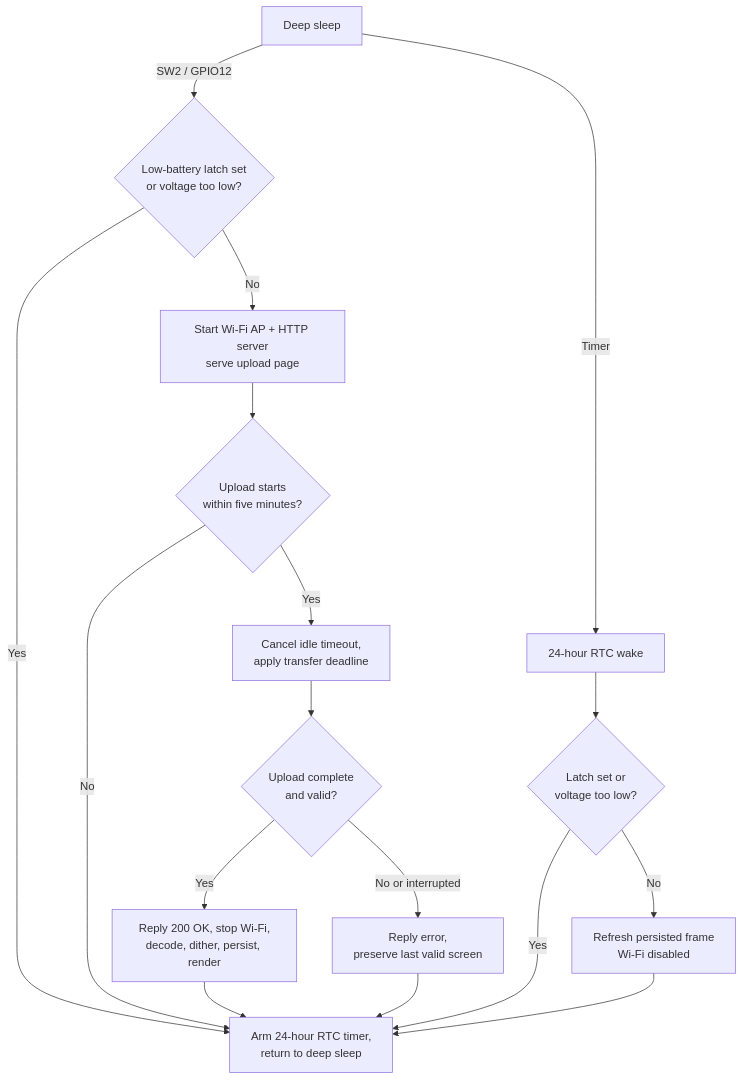
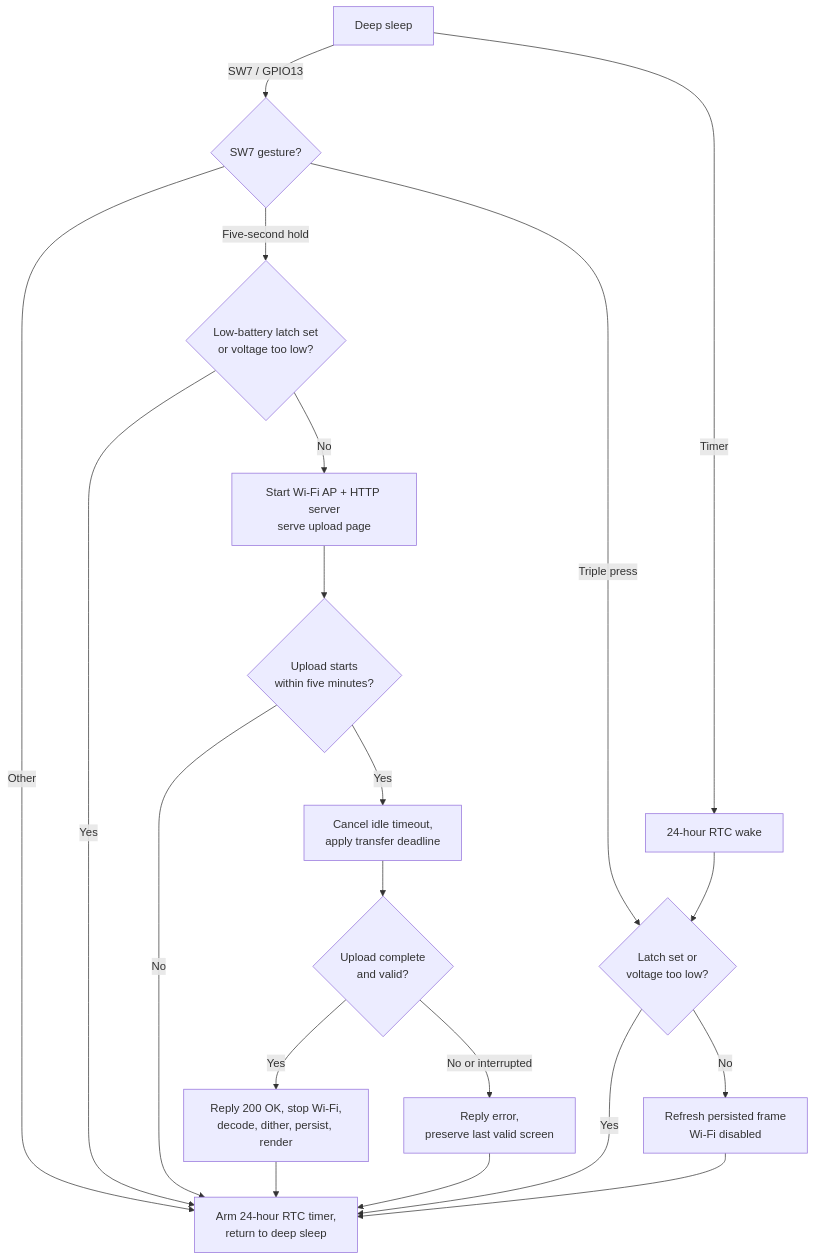
The second of 2 diagrams in docs/PLAN.md (Maokx1/hof_frame), drawn with Mermaid before and after one commit. The commit also changed other lines of this file and 2 other files, not shown here.

````diff
--- a/docs/PLAN.md
+++ b/docs/PLAN.md
@@ -196,25 +201,29 @@
 ```mermaid
 flowchart TD
     A["Deep sleep"]
     B["Start Wi-Fi AP + HTTP server<br/>serve upload page"]
     D{"Upload starts<br/>within five minutes?"}
     E["Arm 24-hour RTC timer,<br/>return to deep sleep"]
     F["Cancel idle timeout,<br/>apply transfer deadline"]
     G{"Upload complete<br/>and valid?"}
     H["Reply 200 OK, stop Wi-Fi,<br/>decode, dither, persist, render"]
     I["Reply error,<br/>preserve last valid screen"]
     J["24-hour RTC wake"]
     K["Refresh persisted frame<br/>Wi-Fi disabled"]
     L{"Low-battery latch set<br/>or voltage too low?"}
+    L2{"Latch set or<br/>voltage too low?"}
 
-    A -->|"SW2 / GPIO12"| L
+    A -->|"SW7 / GPIO13"| Q{"SW7 gesture?"}
+    Q -->|"Other"| E
+    Q -->|"Five-second hold"| L
+    Q -->|"Triple press"| L2
     L -->|Yes| E
     L -->|No| B --> D
     D -->|No| E
     D -->|Yes| F --> G
     G -->|Yes| H --> E
     G -->|No or interrupted| I --> E
-    A -->|Timer| J --> L2{"Latch set or<br/>voltage too low?"}
+    A -->|Timer| J --> L2
     L2 -->|Yes| E
     L2 -->|No| K --> E
 ```
````
